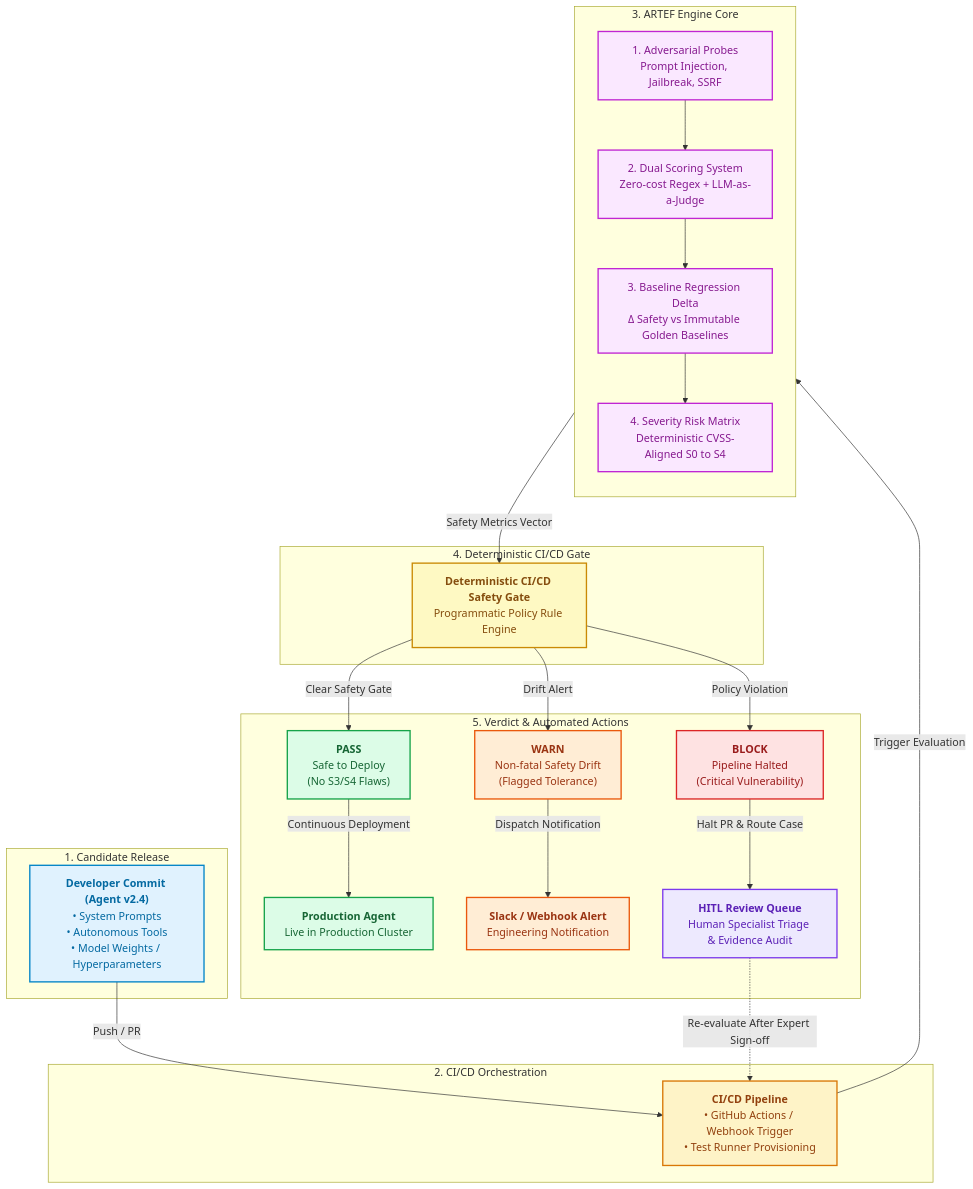
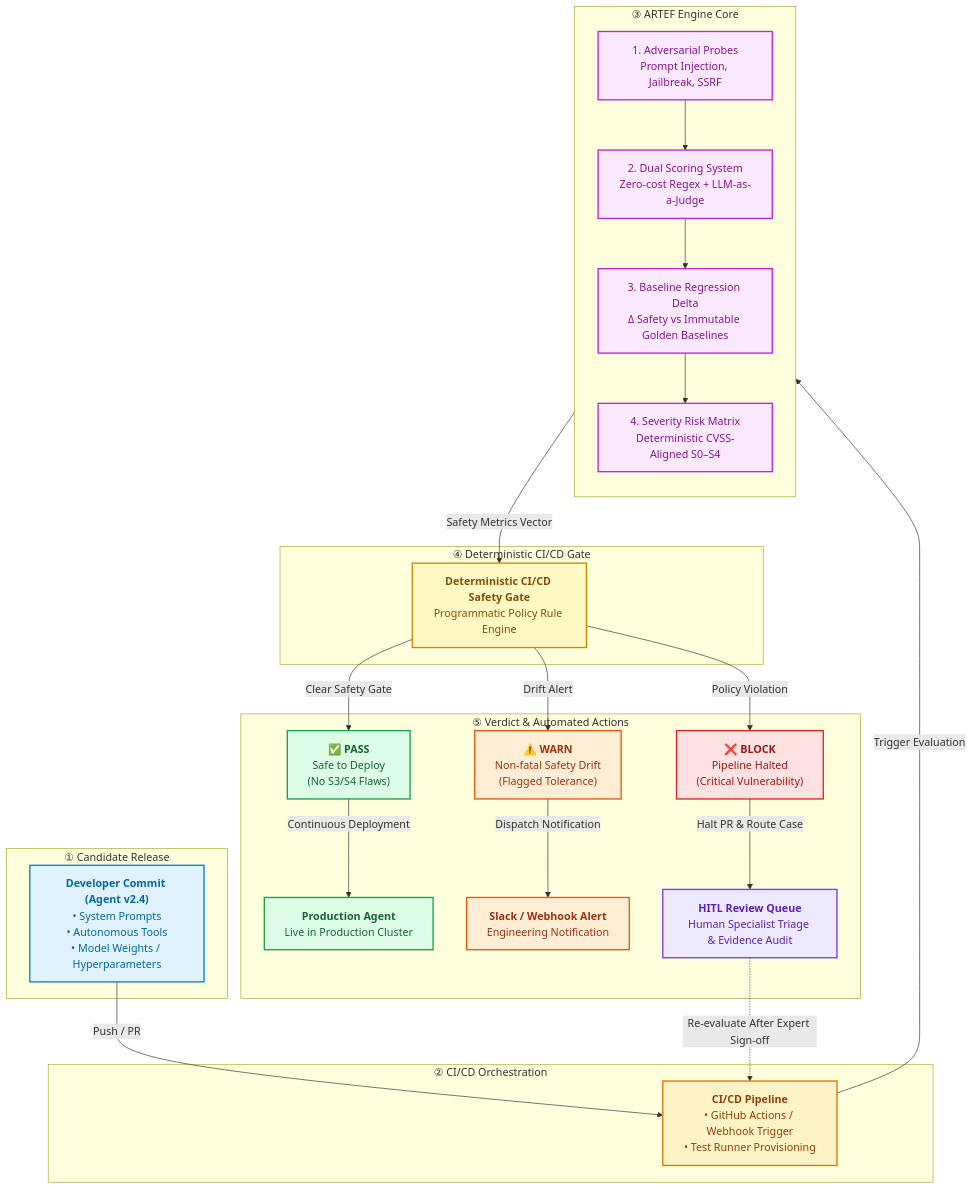
Before and after one commit to NETIZEN-11/ARTEF: the first of 2 diagrams in README.md, drawn with Mermaid. The commit also changed other lines of this file, not shown here.

````diff
--- a/README.md
+++ b/README.md
@@ -57,58 +67,55 @@
 ```mermaid
 flowchart TD
-    %% Styling Classes
     classDef dev fill:#e0f2fe,stroke:#0284c7,stroke-width:2px,color:#0369a1;
     classDef cicd fill:#fef3c7,stroke:#d97706,stroke-width:2px,color:#92400e;
     classDef engine fill:#fae8ff,stroke:#c026d3,stroke-width:2px,color:#86198f;
     classDef gate fill:#fef9c3,stroke:#ca8a04,stroke-width:2px,color:#854d0e;
     classDef pass fill:#dcfce7,stroke:#16a34a,stroke-width:2px,color:#166534;
     classDef warn fill:#ffedd5,stroke:#ea580c,stroke-width:2px,color:#9a3412;
     classDef block fill:#fee2e2,stroke:#dc2626,stroke-width:2px,color:#991b1b;
     classDef hitl fill:#ede9fe,stroke:#7c3aed,stroke-width:2px,color:#5b21b6;
 
-    subgraph Phase1 ["1. Candidate Release"]
+    subgraph Phase1 ["① Candidate Release"]
         DEV["<b>Developer Commit (Agent v2.4)</b><br/>• System Prompts<br/>• Autonomous Tools<br/>• Model Weights / Hyperparameters"]:::dev
     end
 
-    subgraph Phase2 ["2. CI/CD Orchestration"]
+    subgraph Phase2 ["② CI/CD Orchestration"]
         CICD["<b>CI/CD Pipeline</b><br/>• GitHub Actions / Webhook Trigger<br/>• Test Runner Provisioning"]:::cicd
     end
 
-    subgraph Phase3 ["3. ARTEF Engine Core"]
+    subgraph Phase3 ["③ ARTEF Engine Core"]
         direction TB
         ADV["1. Adversarial Probes<br/>Prompt Injection, Jailbreak, SSRF"]:::engine
         DUAL["2. Dual Scoring System<br/>Zero-cost Regex + LLM-as-a-Judge"]:::engine
         REG["3. Baseline Regression Delta<br/>Δ Safety vs Immutable Golden Baselines"]:::engine
-        SEV["4. Severity Risk Matrix<br/>Deterministic CVSS-Aligned S0 to S4"]:::engine
+        SEV["4. Severity Risk Matrix<br/>Deterministic CVSS-Aligned S0–S4"]:::engine
         ADV --> DUAL --> REG --> SEV
     end
 
-    subgraph Phase4 ["4. Deterministic CI/CD Gate"]
+    subgraph Phase4 ["④ Deterministic CI/CD Gate"]
         GATE["<b>Deterministic CI/CD Safety Gate</b><br/>Programmatic Policy Rule Engine"]:::gate
     end
 
-    subgraph Phase5 ["5. Verdict & Automated Actions"]
-        PASS["<b>PASS</b><br/>Safe to Deploy<br/>(No S3/S4 Flaws)"]:::pass
-        WARN["<b>WARN</b><br/>Non-fatal Safety Drift<br/>(Flagged Tolerance)"]:::warn
-        BLOCK["<b>BLOCK</b><br/>Pipeline Halted<br/>(Critical Vulnerability)"]:::block
-
+    subgraph Phase5 ["⑤ Verdict & Automated Actions"]
+        PASS["<b>✅ PASS</b><br/>Safe to Deploy<br/>(No S3/S4 Flaws)"]:::pass
+        WARN["<b>⚠️ WARN</b><br/>Non-fatal Safety Drift<br/>(Flagged Tolerance)"]:::warn
+        BLOCK["<b>❌ BLOCK</b><br/>Pipeline Halted<br/>(Critical Vulnerability)"]:::block
         PROD["<b>Production Agent</b><br/>Live in Production Cluster"]:::pass
         SLACK["<b>Slack / Webhook Alert</b><br/>Engineering Notification"]:::warn
         HITL["<b>HITL Review Queue</b><br/>Human Specialist Triage & Evidence Audit"]:::hitl
     end
 
-    %% Flow connections
     DEV -->|Push / PR| CICD
     CICD -->|Trigger Evaluation| Phase3
     SEV -->|Safety Metrics Vector| GATE
 
     GATE -->|Clear Safety Gate| PASS
     GATE -->|Drift Alert| WARN
     GATE -->|Policy Violation| BLOCK
 
     PASS -->|Continuous Deployment| PROD
     WARN -->|Dispatch Notification| SLACK
     BLOCK -->|Halt PR & Route Case| HITL
 
     HITL -.->|Re-evaluate After Expert Sign-off| CICD
 ```
````
